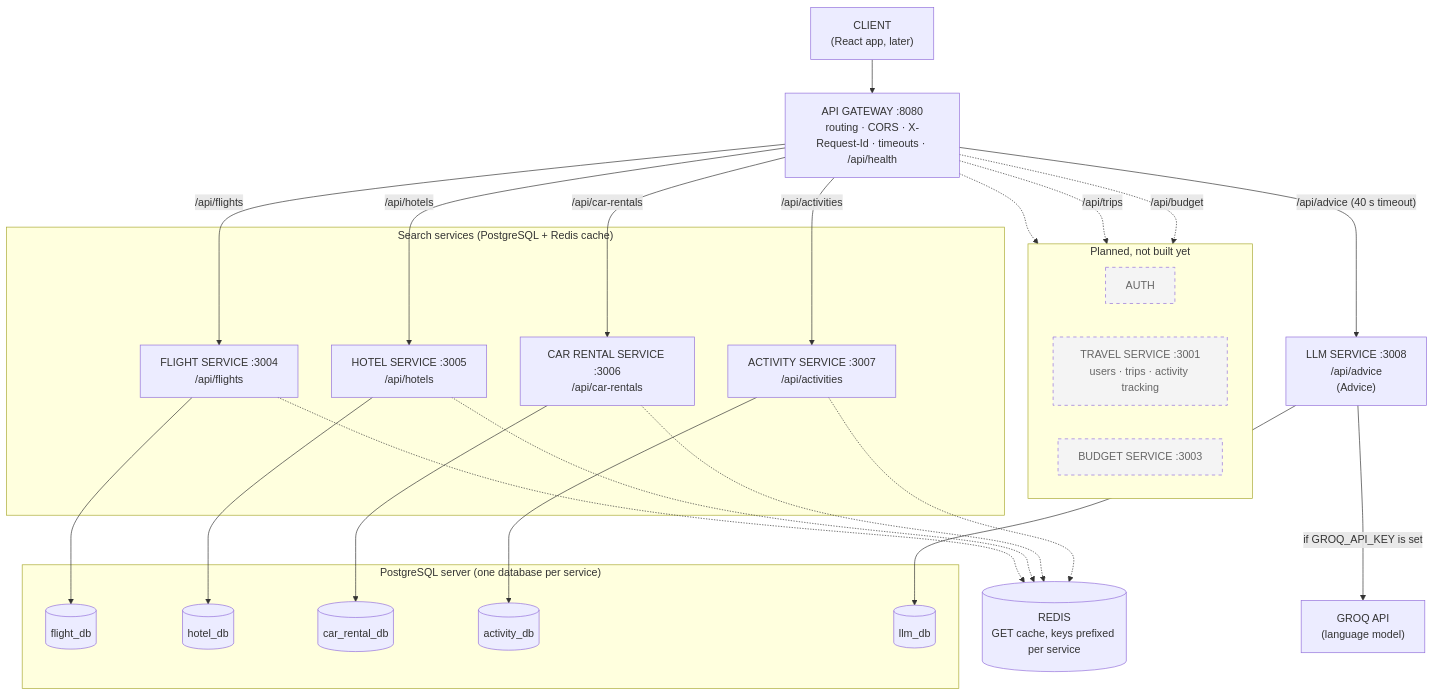
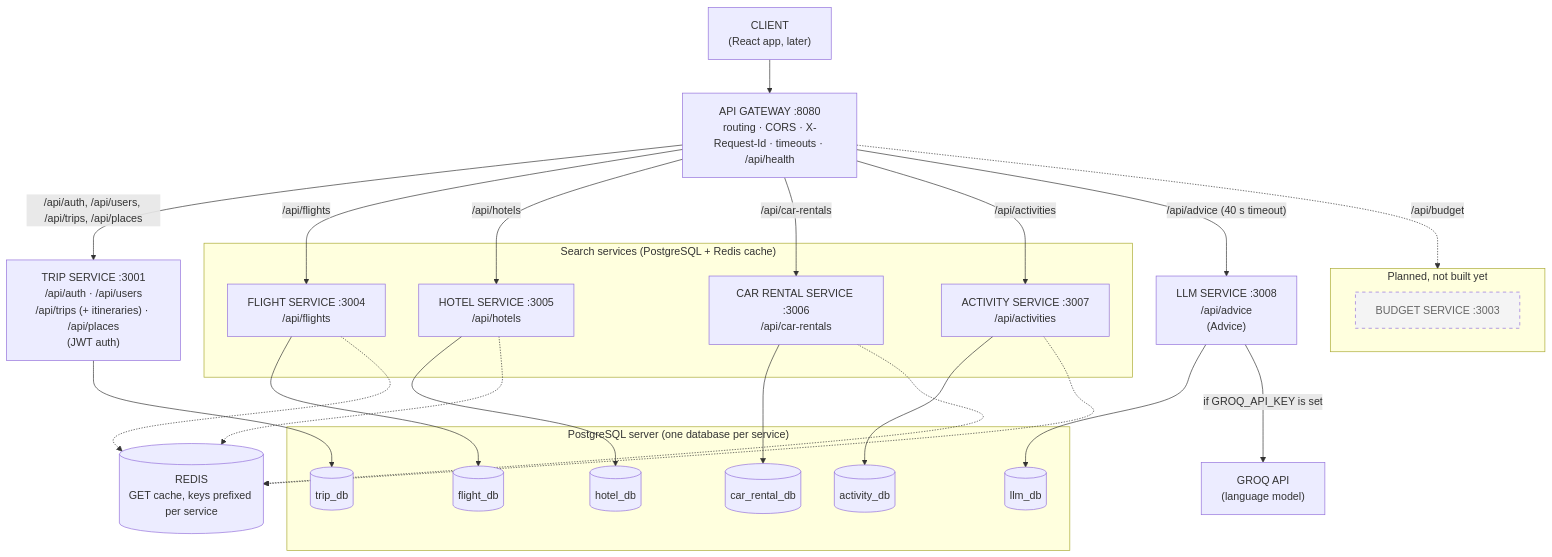
Before and after one commit to EricchuftwOmO/Travel-Assistant: the first of 5 diagrams in docs/ARCHITECTURE.md, drawn with Mermaid. The commit also changed other lines of this file and 43 other files, not shown here.

First line of the commit message:
Add trip service: accounts, trips and day-by-day itineraries

````diff
--- a/docs/ARCHITECTURE.md
+++ b/docs/ARCHITECTURE.md
@@ -9,59 +9,60 @@
 ```mermaid
 flowchart TB
     client["CLIENT<br/>(React app, later)"]
     gateway["API GATEWAY :8080<br/>routing · CORS · X-Request-Id · timeouts · /api/health"]
 
     client --> gateway
 
     subgraph planned["Planned, not built yet"]
         direction LR
-        auth["AUTH"]:::planned
-        trip["TRAVEL SERVICE :3001<br/>users · trips · activity tracking"]:::planned
         budget["BUDGET SERVICE :3003"]:::planned
     end
 
-    gateway -.-> auth
-    gateway -.->|"/api/trips"| trip
+    trip["TRIP SERVICE :3001<br/>/api/auth · /api/users<br/>/api/trips (+ itineraries) · /api/places<br/>(JWT auth)"]
+
+    gateway -->|"/api/auth, /api/users, /api/trips, /api/places"| trip
     gateway -.->|"/api/budget"| budget
 
     subgraph search["Search services (PostgreSQL + Redis cache)"]
         flight["FLIGHT SERVICE :3004<br/>/api/flights"]
         hotel["HOTEL SERVICE :3005<br/>/api/hotels"]
         car["CAR RENTAL SERVICE :3006<br/>/api/car-rentals"]
         activity["ACTIVITY SERVICE :3007<br/>/api/activities"]
     end
 
     llm["LLM SERVICE :3008<br/>/api/advice<br/>(Advice)"]
 
     gateway -->|"/api/flights"| flight
     gateway -->|"/api/hotels"| hotel
     gateway -->|"/api/car-rentals"| car
     gateway -->|"/api/activities"| activity
     gateway -->|"/api/advice (40 s timeout)"| llm
 
     subgraph pg["PostgreSQL server (one database per service)"]
         fdb[("flight_db")]
         hdb[("hotel_db")]
         cdb[("car_rental_db")]
         adb[("activity_db")]
         ldb[("llm_db")]
+        tdb[("trip_db")]
     end
 
     redis[("REDIS<br/>GET cache, keys prefixed per service")]
 
     flight --> fdb
     hotel --> hdb
     car --> cdb
     activity --> adb
     llm --> ldb
+    trip --> tdb
 
     flight -.-> redis
     hotel -.-> redis
     car -.-> redis
     activity -.-> redis
 
     groq["GROQ API<br/>(language model)"]
     llm -->|"if GROQ_API_KEY is set"| groq
 
     classDef planned stroke-dasharray: 5 5,fill:#f4f4f4,color:#666
 ```
````
